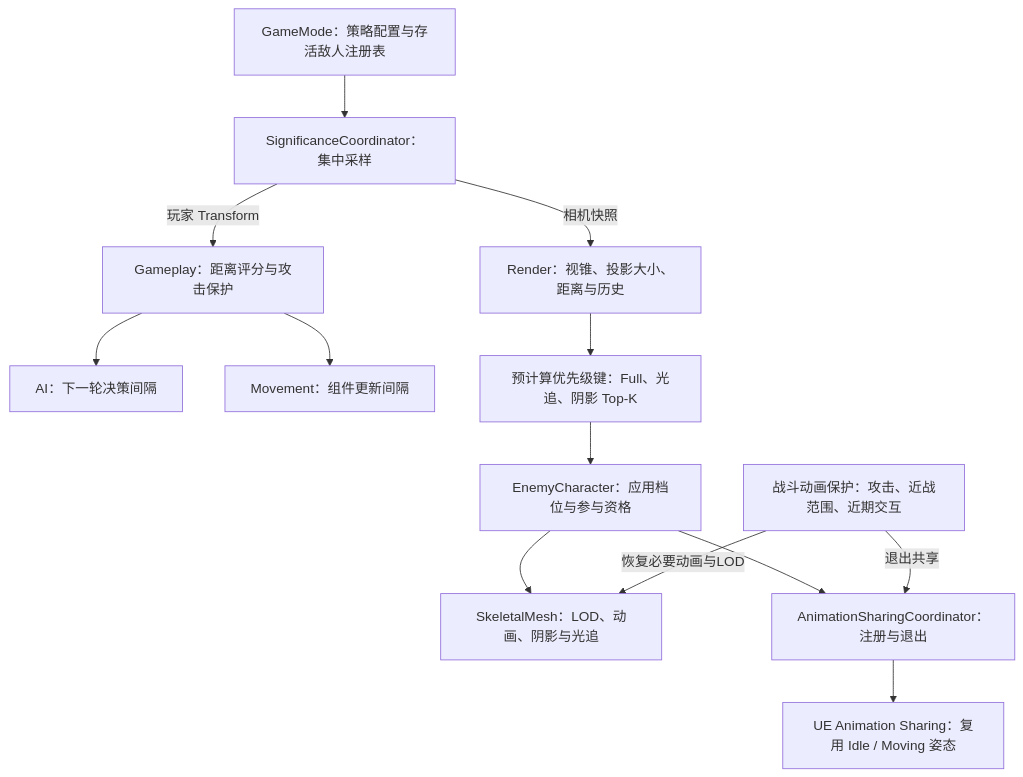
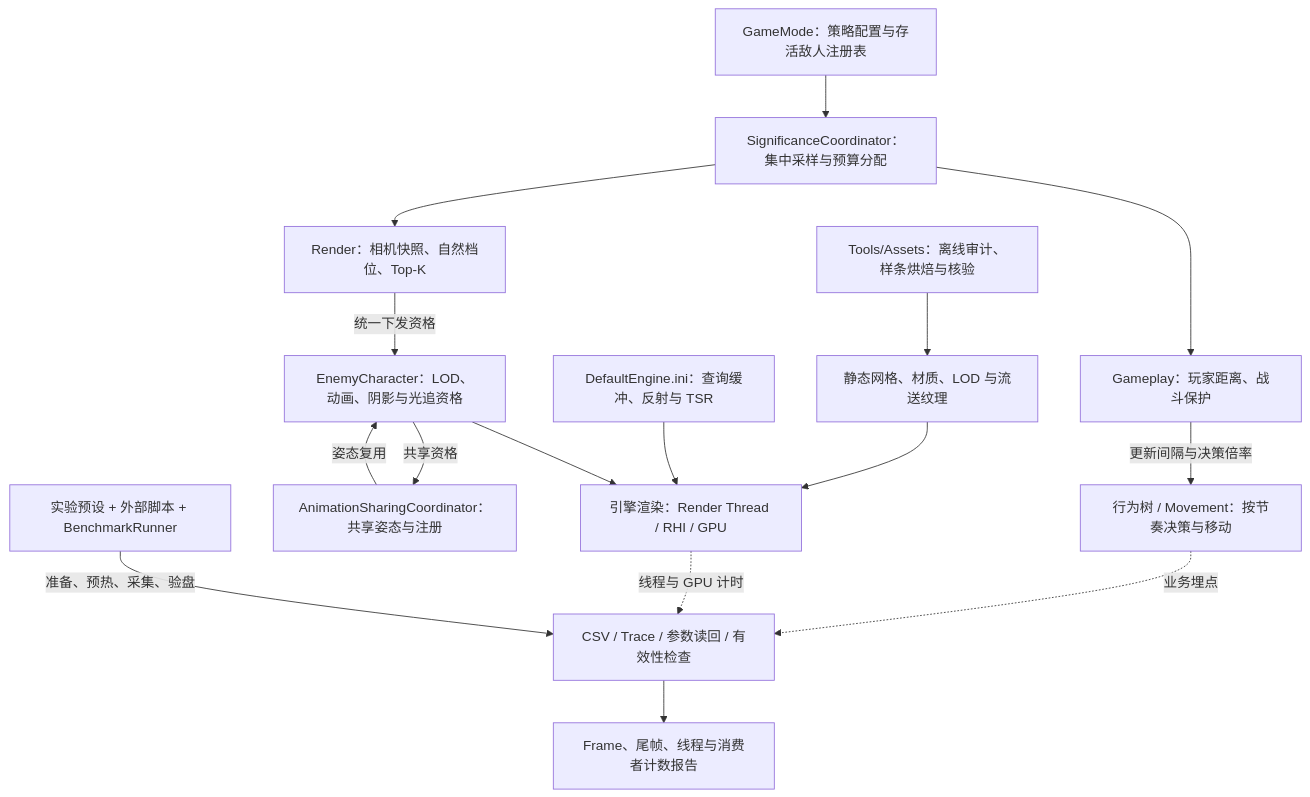
The second of 2 diagrams in README.md (Asvalith/fpstrue), drawn with Mermaid before and after one commit. The commit also changed other lines of this file and 3 other files, not shown here.

Commit message:
docs: 完善展示版架构图与性能优化成果

````diff
--- a/README.md
+++ b/README.md
@@ -117,18 +112,32 @@
 ```mermaid
 flowchart TD
-    GM[GameMode：策略配置与存活敌人注册表]
-    CO[SignificanceCoordinator：集中采样]
+    GM["GameMode：策略配置与存活敌人注册表"]
+    CO["SignificanceCoordinator：集中采样与预算分配"]
+    GP["Gameplay：玩家距离、战斗保护"]
+    RP["Render：相机快照、自然档位、Top-K"]
+    AI["行为树 / Movement：按节奏决策与移动"]
+    PRESENT["EnemyCharacter：LOD、动画、阴影与光追资格"]
+    SHARE["AnimationSharingCoordinator：共享姿态与注册"]
+    ASSET["Tools/Assets：离线审计、样条烘焙与核验"]
+    SCENE["静态网格、材质、LOD 与流送纹理"]
+    CONFIG["DefaultEngine.ini：查询缓冲、反射与 TSR"]
+    PIPE["引擎渲染：Render Thread / RHI / GPU"]
+    TEST["实验预设 + 外部脚本 + BenchmarkRunner"]
+    DATA["CSV / Trace / 参数读回 / 有效性检查"]
+    REPORT["Frame、尾帧、线程与消费者计数报告"]
     GM --> CO
-    CO -->|玩家 Transform| GP[Gameplay：距离评分与攻击保护]
-    GP --> AI[AI：下一轮决策间隔]
-    GP --> MOVE[Movement：组件更新间隔]
-    CO -->|相机快照| SAMPLE[Render：视锥、投影大小、距离与历史]
-    SAMPLE --> SELECT[预计算优先级键：Full、光追、阴影 Top-K]
-    SELECT --> APPLY[EnemyCharacter：应用档位与参与资格]
-    APPLY --> MESH[SkeletalMesh：LOD、动画、阴影与光追]
-    APPLY --> SHARE[AnimationSharingCoordinator：注册与退出]
-    SHARE --> PLUGIN[UE Animation Sharing：复用 Idle / Moving 姿态]
-    PROTECT[战斗动画保护：攻击、近战范围、近期交互]
-    PROTECT -->|恢复必要动画与LOD| MESH
-    PROTECT -->|退出共享| SHARE
+    CO --> GP
+    CO --> RP
+    GP -->|更新间隔与决策倍率| AI
+    RP -->|统一下发资格| PRESENT
+    PRESENT -->|共享资格| SHARE
+    SHARE -->|姿态复用| PRESENT
+    ASSET --> SCENE
+    SCENE --> PIPE
+    CONFIG --> PIPE
+    PRESENT --> PIPE
+    AI -.->|业务埋点| DATA
+    PIPE -.->|线程与 GPU 计时| DATA
+    TEST -->|准备、预热、采集、验盘| DATA
+    DATA --> REPORT
 ```
````
